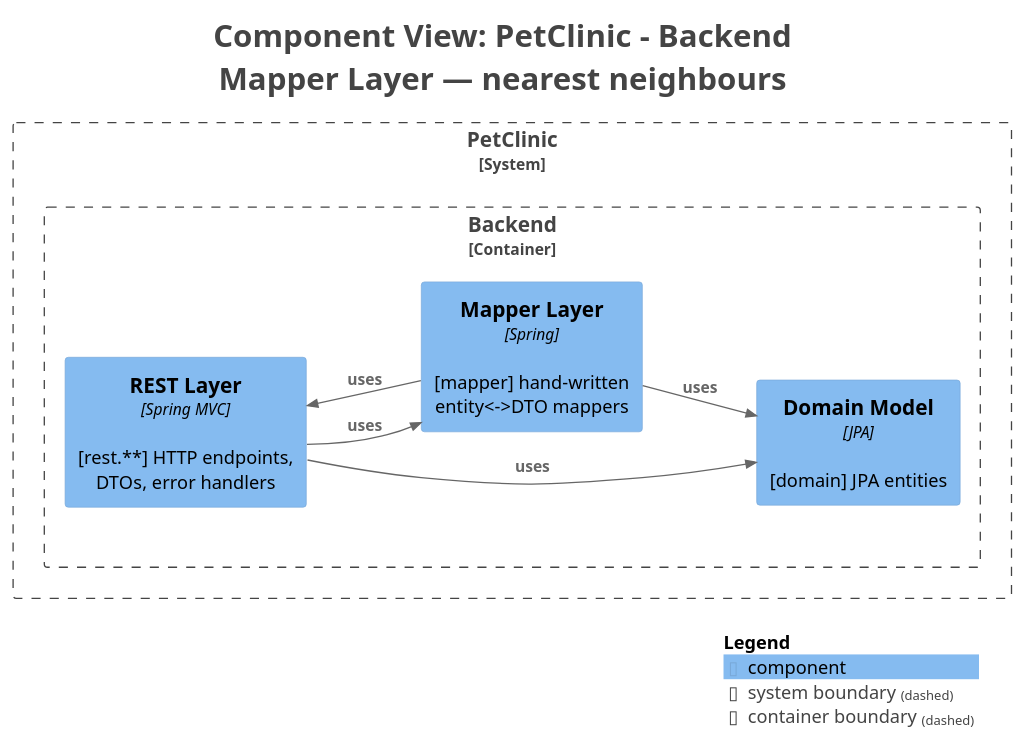
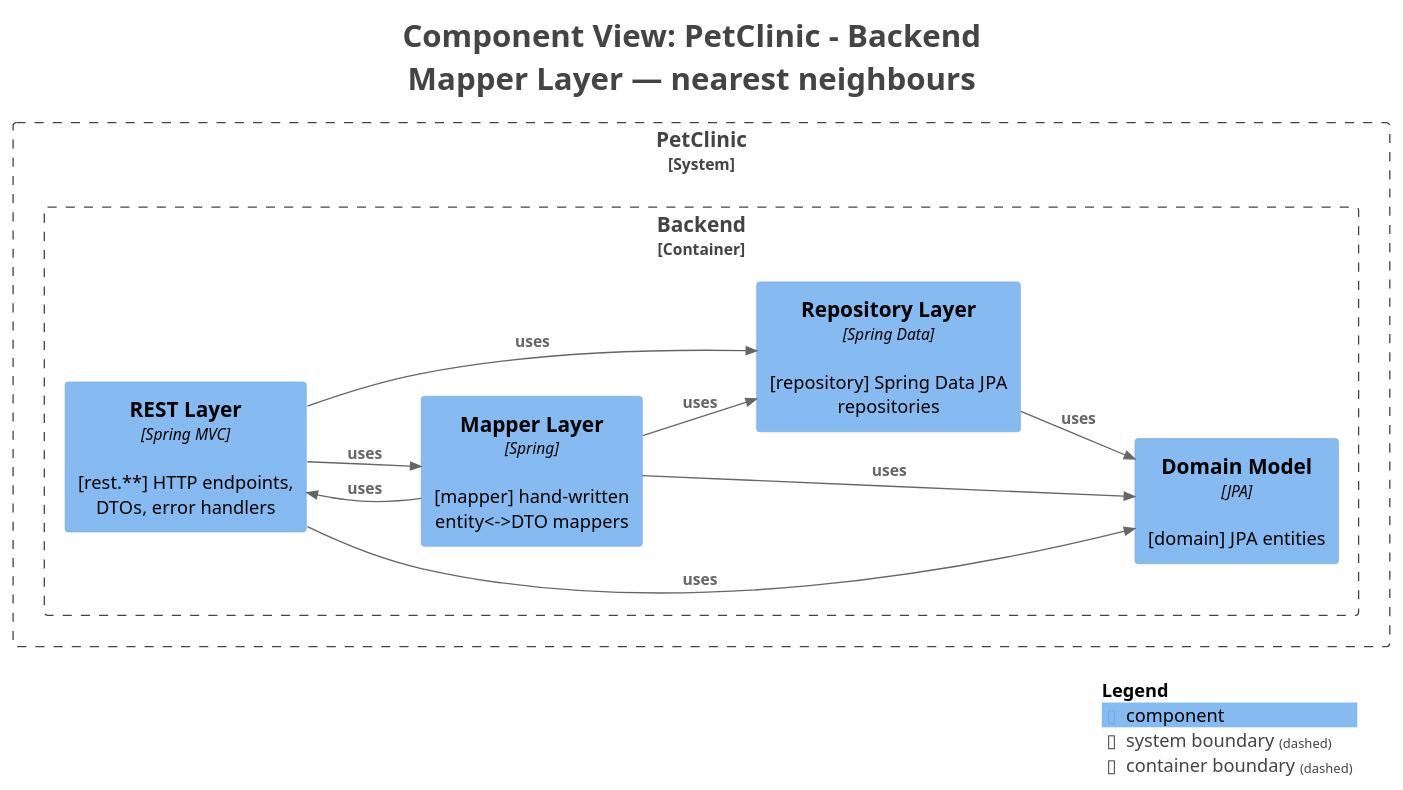
One commit to victorrentea/petclinic changed the diagram in petclinic-backend/docs/generated/c4views/C3-Mapper.puml. Above: the diagram before and after it, drawn with PlantUML. The commit also changed 25 other files, not shown here.

```diff
--- a/petclinic-backend/docs/generated/c4views/C3-Mapper.puml
+++ b/petclinic-backend/docs/generated/c4views/C3-Mapper.puml
@@ -1,34 +1,38 @@
 @startuml
 title <size:24>Component View: PetClinic - Backend</size>\n<size:24>Mapper Layer — nearest neighbours</size>
 
 set separator none
 left to right direction
 
 <style>
   root {
     BackgroundColor: #ffffff
     FontColor: #444444
   }
 </style>
 
 !include <C4/C4>
 !include <C4/C4_Context>
 !include <C4/C4_Component>
 
 System_Boundary("PetClinic_boundary", "PetClinic", $tags="") {
   Container_Boundary("PetClinic.Backend_boundary", "Backend", $tags="") {
     Component(PetClinic.Backend.RESTLayer, "REST Layer", $techn="Spring MVC", $descr="[rest.**] HTTP endpoints, DTOs, error handlers", $tags="", $link="")
     Component(PetClinic.Backend.DomainModel, "Domain Model", $techn="JPA", $descr="[domain] JPA entities", $tags="", $link="")
+    Component(PetClinic.Backend.RepositoryLayer, "Repository Layer", $techn="Spring Data", $descr="[repository] Spring Data JPA repositories", $tags="", $link="")
     Component(PetClinic.Backend.MapperLayer, "Mapper Layer", $techn="Spring", $descr="[mapper] hand-written entity<->DTO mappers", $tags="", $link="")
   }
 
 }
 
 Rel(PetClinic.Backend.RESTLayer, PetClinic.Backend.MapperLayer, "uses", $techn="", $tags="", $link="")
 Rel(PetClinic.Backend.RESTLayer, PetClinic.Backend.DomainModel, "uses", $techn="", $tags="", $link="")
+Rel(PetClinic.Backend.RESTLayer, PetClinic.Backend.RepositoryLayer, "uses", $techn="", $tags="", $link="")
 Rel(PetClinic.Backend.MapperLayer, PetClinic.Backend.RESTLayer, "uses", $techn="", $tags="", $link="")
 Rel(PetClinic.Backend.MapperLayer, PetClinic.Backend.DomainModel, "uses", $techn="", $tags="", $link="")
+Rel(PetClinic.Backend.MapperLayer, PetClinic.Backend.RepositoryLayer, "uses", $techn="", $tags="", $link="")
+Rel(PetClinic.Backend.RepositoryLayer, PetClinic.Backend.DomainModel, "uses", $techn="", $tags="", $link="")
 
 SHOW_LEGEND(true)
 hide stereotypes
 @enduml
```
